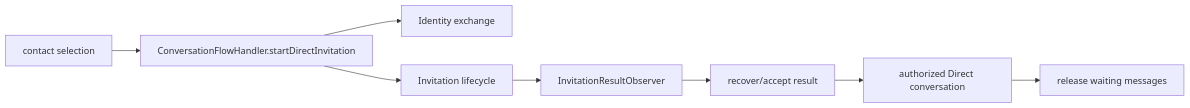
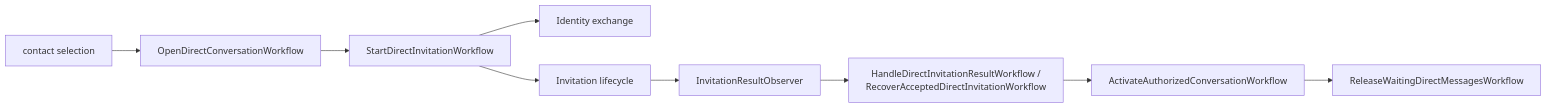
One commit to cbgm/Sparrow changed the third of 3 diagrams in docs/features/message-transport-flow.md. Above: the diagram before and after it, drawn with Mermaid. The commit also changed other lines of this file and 1098 other files, not shown here.

````diff
--- a/docs/features/message-transport-flow.md
+++ b/docs/features/message-transport-flow.md
@@ -56,10 +61,11 @@
 ```mermaid
 flowchart LR
-    CONTACT[contact selection] --> FLOW[ConversationFlowHandler.startDirectInvitation]
+    CONTACT[contact selection] --> OPEN[OpenDirectConversationWorkflow]
+    OPEN --> FLOW[StartDirectInvitationWorkflow]
     FLOW --> ID[Identity exchange]
     FLOW --> INV[Invitation lifecycle]
     INV --> OBS[InvitationResultObserver]
-    OBS --> FLOW2[recover/accept result]
-    FLOW2 --> CHAT[authorized Direct conversation]
-    CHAT --> REL[release waiting messages]
+    OBS --> FLOW2[HandleDirectInvitationResultWorkflow /<br/>RecoverAcceptedDirectInvitationWorkflow]
+    FLOW2 --> CHAT[ActivateAuthorizedConversationWorkflow]
+    CHAT --> REL[ReleaseWaitingDirectMessagesWorkflow]
 ```
````
